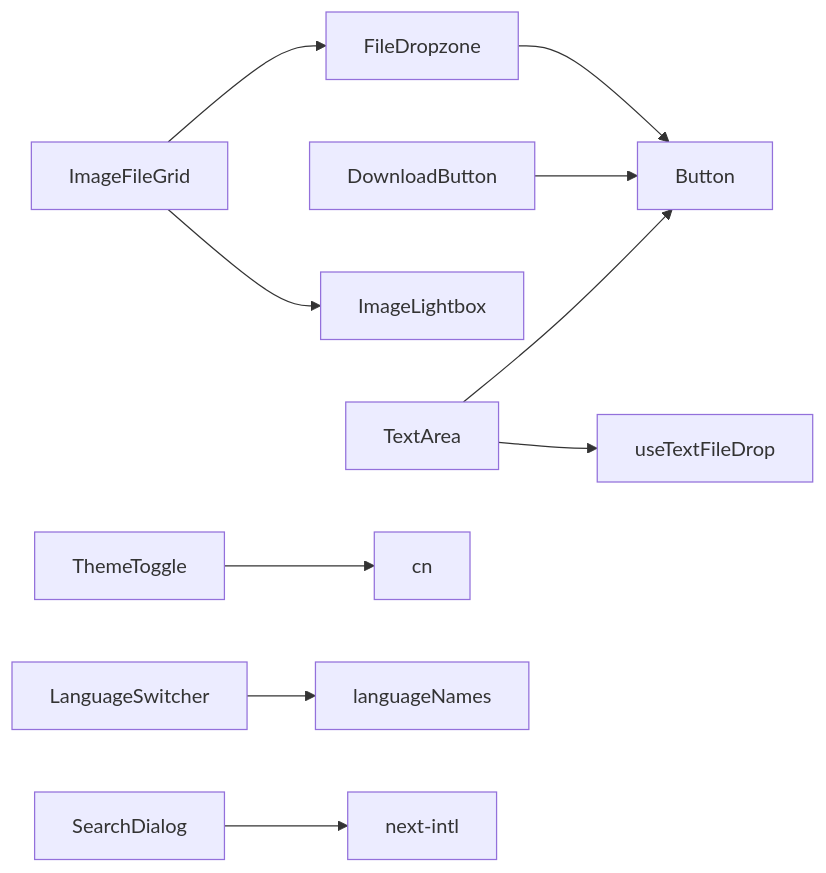
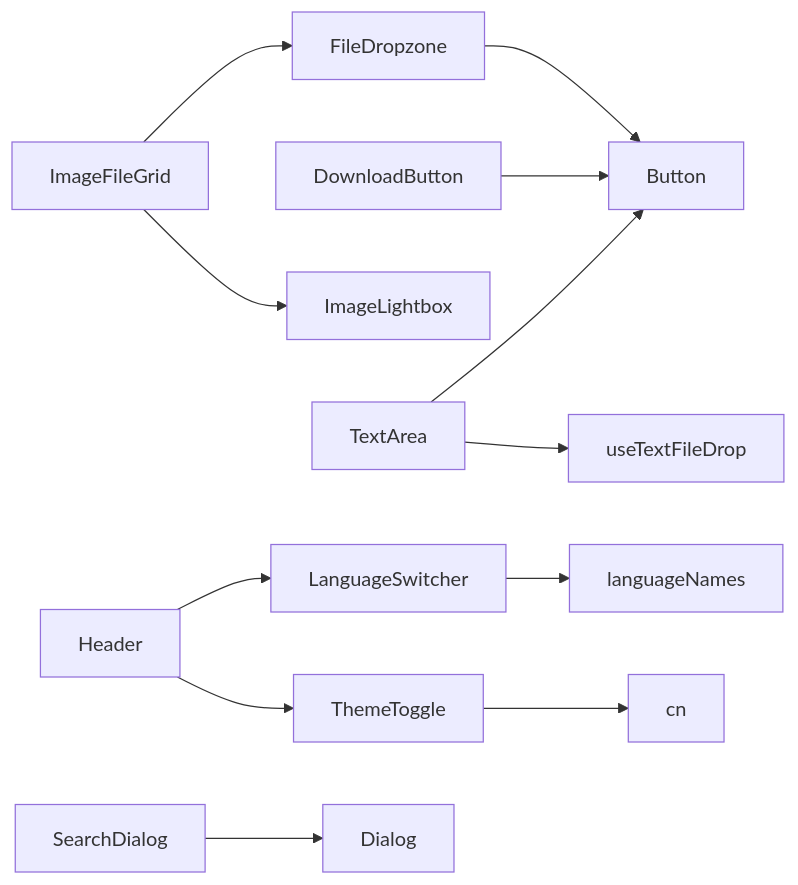
Before and after one commit to sgyy/privadeck: the fifth of 5 diagrams in .qoder/repowiki/zh/content/UI组件系统/共享组件.md, drawn with Mermaid. The commit also changed other lines of this file and 6 other files, not shown here.

````diff
--- a/.qoder/repowiki/zh/content/UI组件系统/共享组件.md
+++ b/.qoder/repowiki/zh/content/UI组件系统/共享组件.md
@@ -508,12 +606,14 @@
 ```mermaid
 graph LR
 FDZ["FileDropzone"] --> BTN["Button"]
 DLB["DownloadButton"] --> BTN
 IFG["ImageFileGrid"] --> FDZ
 IFG --> ILB["ImageLightbox"]
 TA["TextArea"] --> BTN
 TA --> UTEXT["useTextFileDrop"]
 TT["ThemeToggle"] --> CN["cn"]
 LS["LanguageSwitcher"] --> LANGNAMES["languageNames"]
-SD["SearchDialog"] --> TR["next-intl"]
+SD["SearchDialog"] --> DLG["Dialog"]
+HDR["Header"] --> LS
+HDR --> TT
 ```
````
